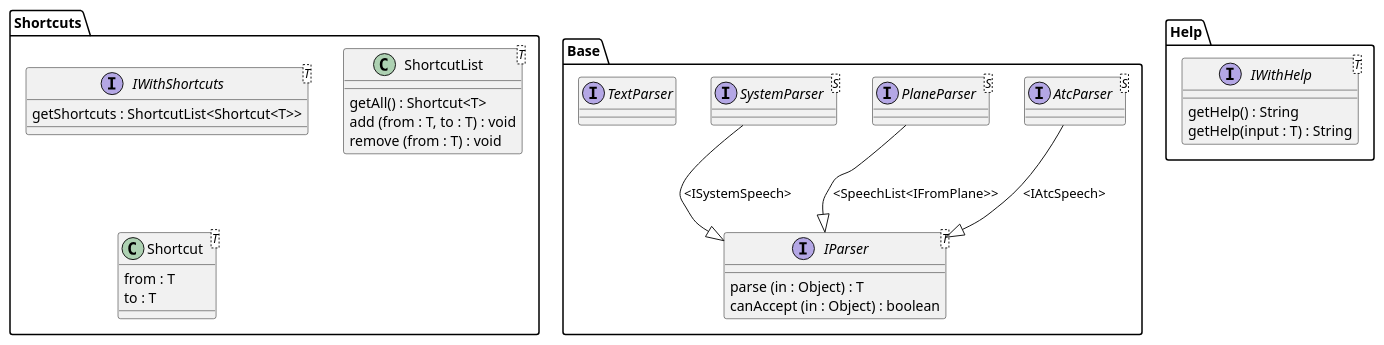
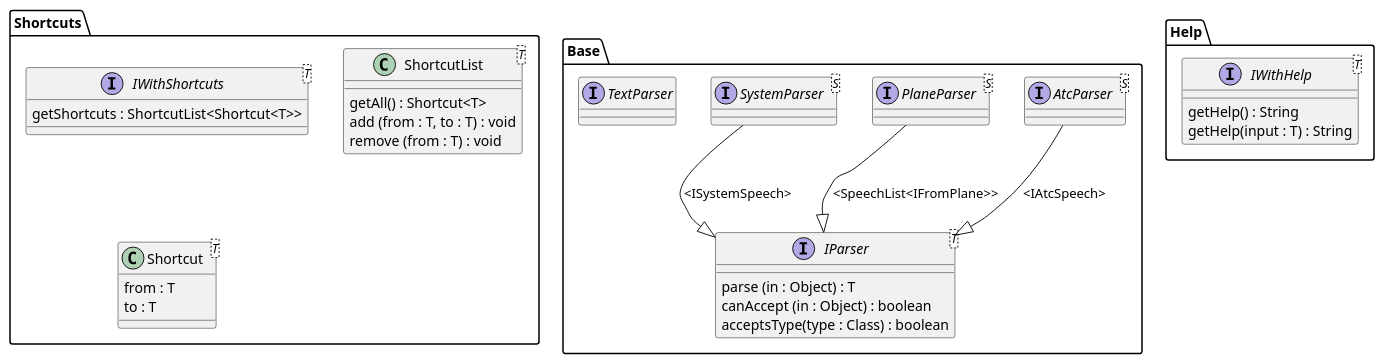
One commit to Engin1980/J-ATC-Simulator changed the diagram in Simulator/Backend/TextProcessingLib/src/classes.puml. Above: the diagram before and after it, drawn with PlantUML. The commit also changed 120 other files, not shown here.

```diff
--- a/Simulator/Backend/TextProcessingLib/src/classes.puml
+++ b/Simulator/Backend/TextProcessingLib/src/classes.puml
@@ -1,52 +1,53 @@
 @startuml
 
 package "Base"{
 
 
 interface IParser<T> {
   parse (in : Object) : T
   canAccept (in : Object) : boolean
+  acceptsType(type : Class) : boolean
 }
 
 interface AtcParser<S>
 AtcParser --|> IParser : <IAtcSpeech>
 
 interface PlaneParser<S>
 PlaneParser --|> IParser : <SpeechList<IFromPlane>>
 
 interface SystemParser<S>
 SystemParser --|> IParser : <ISystemSpeech>
 
 interface TextParser
 
 }
 
 package "Help"{
 
 interface IWithHelp<T>{
   getHelp() : String
   getHelp(input : T) : String
 }
 
 }
 
 package "Shortcuts"{
 interface IWithShortcuts<T>{
    getShortcuts : ShortcutList<Shortcut<T>>
 }
 
 class ShortcutList<T>
 {
   getAll() : Shortcut<T>
   add (from : T, to : T) : void
   remove (from : T) : void
 }
 
 class Shortcut<T>{
   from : T
   to : T
 }
 
 }
 
 @enduml
```
